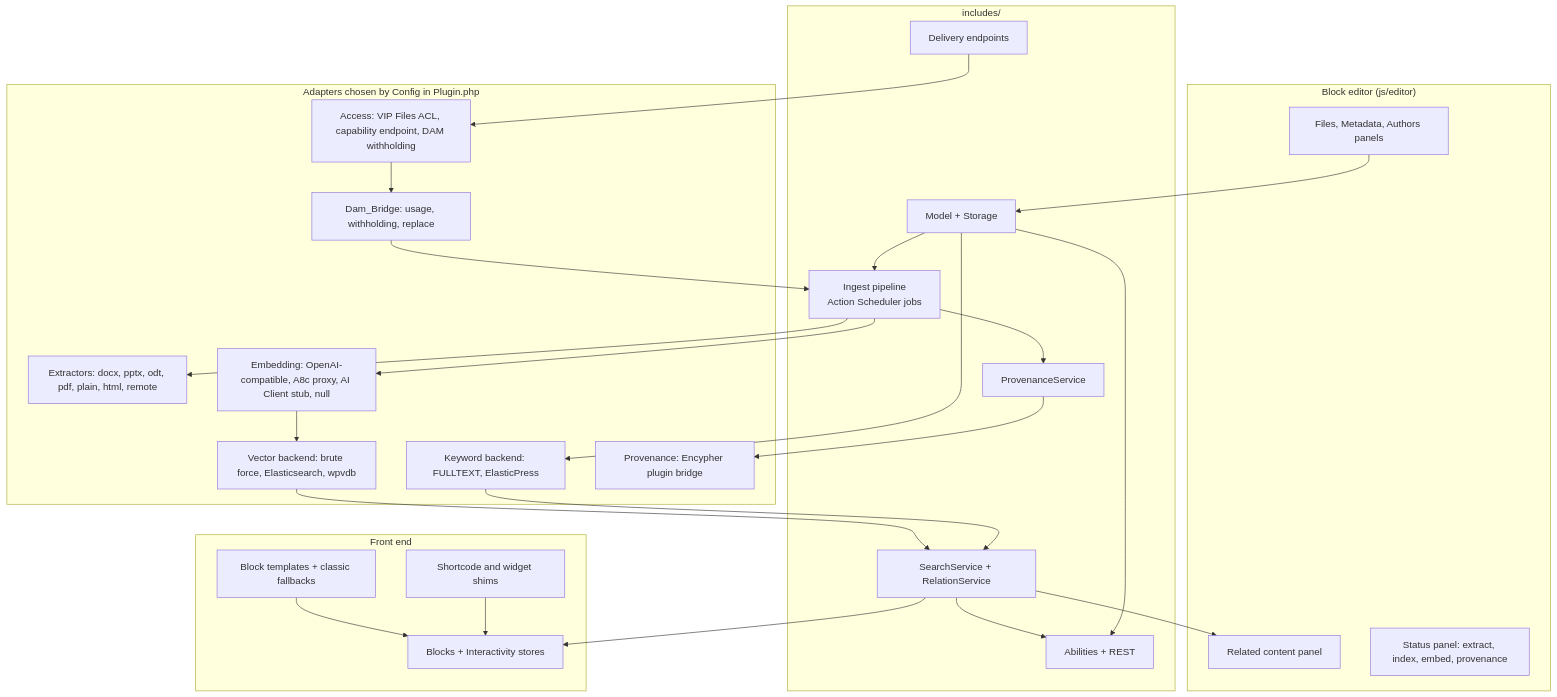
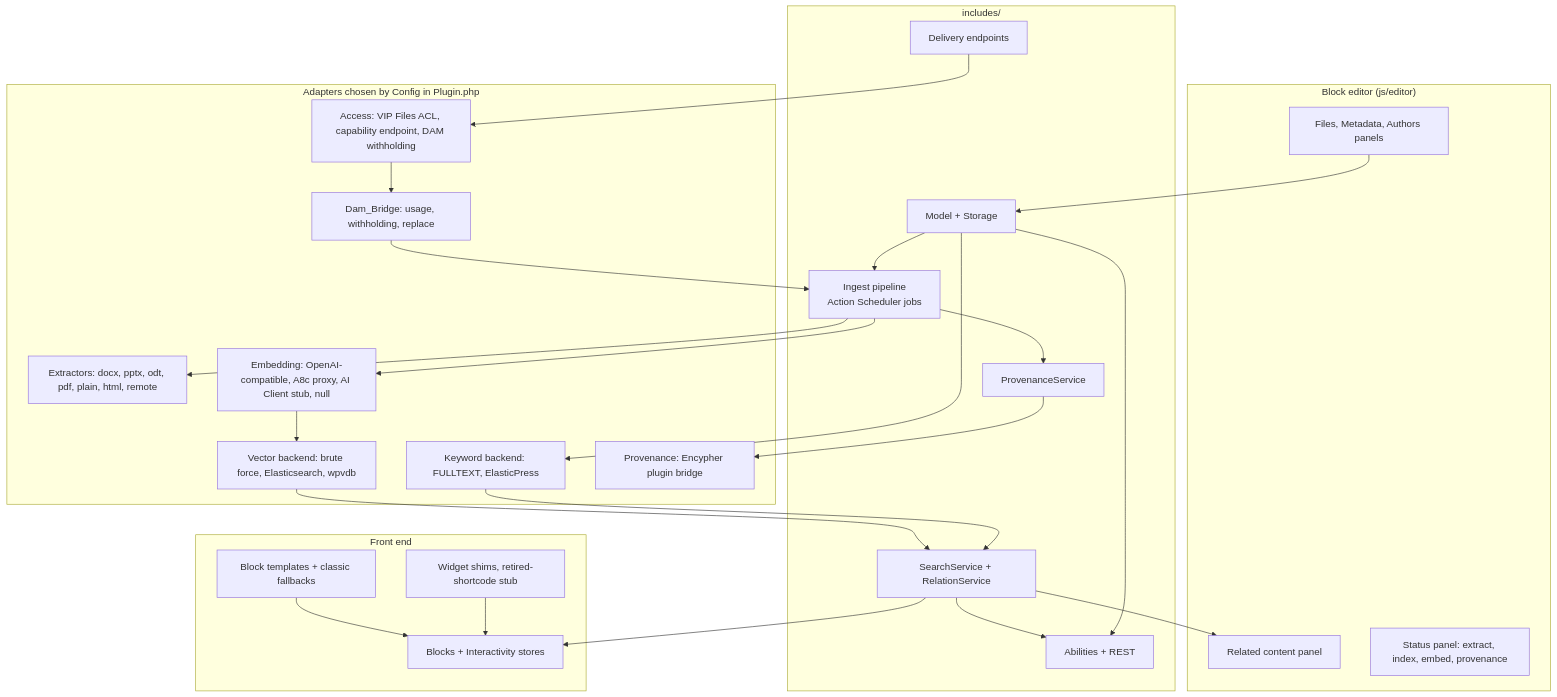
One commit to ericmann/WP-Publication-Archive changed the first of 3 diagrams in V4_SPEC.md. Above: the diagram before and after it, drawn with Mermaid. The commit also changed other lines of this file and 1 other file, not shown here.

First line of the commit message:
spec(4.0): drop plain permalinks and the shortcode; nosniff on streamed files

````diff
--- a/V4_SPEC.md
+++ b/V4_SPEC.md
@@ -293,47 +293,47 @@
 ```mermaid
 flowchart TB
     subgraph Editor["Block editor (js/editor)"]
         SP[Files, Metadata, Authors panels]
         RP[Related content panel]
         ST[Status panel: extract, index, embed, provenance]
     end
     subgraph Core["includes/"]
         M[Model + Storage]
         ING[Ingest pipeline<br/>Action Scheduler jobs]
         SS[SearchService + RelationService]
         PV[ProvenanceService]
         AB[Abilities + REST]
         DL[Delivery endpoints]
     end
     subgraph Adapters["Adapters chosen by Config in Plugin.php"]
         EXT[Extractors: docx, pptx, odt, pdf, plain, html, remote]
         EMB[Embedding: OpenAI-compatible, A8c proxy, AI Client stub, null]
         VEC[Vector backend: brute force, Elasticsearch, wpvdb]
         KW[Keyword backend: FULLTEXT, ElasticPress]
         SG[Provenance: Encypher plugin bridge]
         ACL[Access: VIP Files ACL, capability endpoint, DAM withholding]
         DAMB[Dam_Bridge: usage, withholding, replace]
     end
     subgraph Front["Front end"]
         BL[Blocks + Interactivity stores]
         TPL[Block templates + classic fallbacks]
-        SH[Shortcode and widget shims]
+        SH[Widget shims, retired-shortcode stub]
     end
     SP --> M
     M --> ING
     ING --> EXT
     ING --> EMB --> VEC
     ING --> PV --> SG
     M --> KW
     VEC --> SS
     KW --> SS
     SS --> RP
     SS --> BL
     SS --> AB
     M --> AB
     DL --> ACL
     ACL --> DAMB
     DAMB --> ING
     TPL --> BL
     SH --> BL
 ```
````
